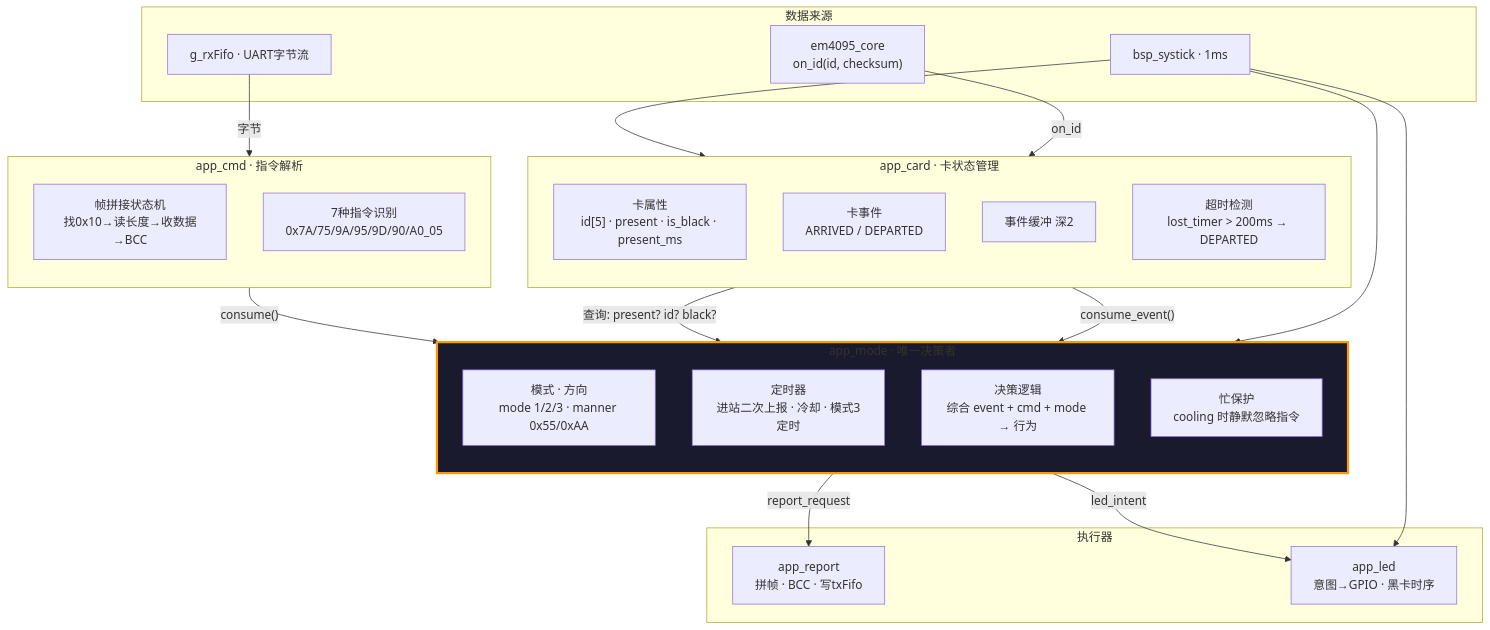
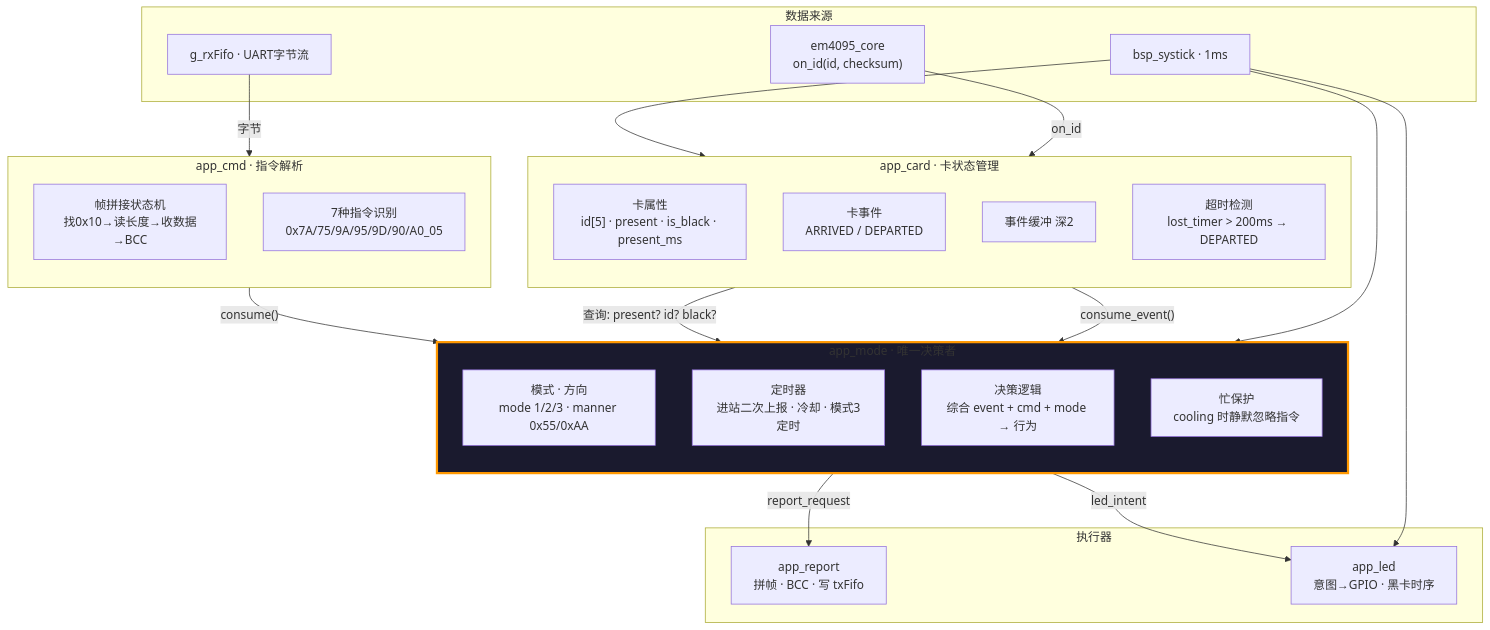
The second of 16 diagrams in 工作/SR3读卡器/260802SR3读卡器架构.md (Siaiai/ObsidianNote), drawn with Mermaid before and after one commit. The commit also changed other lines of this file and 1 other file, not shown here.

````diff
--- a/工作/SR3读卡器/260802SR3读卡器架构.md
+++ b/工作/SR3读卡器/260802SR3读卡器架构.md
@@ -259,50 +96,50 @@
 ```mermaid
 flowchart TD
     subgraph SOURCE["数据来源"]
         DEC_CB["em4095_core<br/>on_id(id, checksum)"]
         RX["g_rxFifo · UART字节流"]
         TICK["bsp_systick · 1ms"]
     end
 
     subgraph CARD["app_card · 卡状态管理"]
         direction TB
         C1["卡属性<br/>id[5] · present · is_black · present_ms"]
         C2["卡事件<br/>ARRIVED / DEPARTED"]
         C3["事件缓冲 深2"]
         C4["超时检测<br/>lost_timer > 200ms → DEPARTED"]
     end
 
     subgraph CMD["app_cmd · 指令解析"]
         direction TB
         D1["帧拼接状态机<br/>找0x10→读长度→收数据→BCC"]
         D2["7种指令识别<br/>0x7A/75/9A/95/9D/90/A0_05"]
     end
 
     subgraph MODE["app_mode · 唯一决策者"]
         direction TB
         M1["模式 · 方向<br/>mode 1/2/3 · manner 0x55/0xAA"]
         M2["定时器<br/>进站二次上报 · 冷却 · 模式3定时"]
         M3["决策逻辑<br/>综合 event + cmd + mode → 行为"]
         M4["忙保护<br/>cooling 时静默忽略指令"]
     end
 
     subgraph EXEC["执行器"]
-        RPT["app_report<br/>拼帧 · BCC · 写txFifo"]
+        RPT["app_report<br/>拼帧 · BCC · 写 txFifo"]
         LED["app_led<br/>意图→GPIO · 黑卡时序"]
     end
 
     DEC_CB -->|"on_id"| CARD
     RX -->|"字节"| CMD
     TICK --> CARD
     TICK --> MODE
     TICK --> LED
 
     CARD -->|"consume_event()"| MODE
     CARD -->|"查询: present? id? black?"| MODE
     CMD -->|"consume()"| MODE
 
     MODE -->|"report_request"| RPT
     MODE -->|"led_intent"| LED
 
     style MODE fill:#1a1a2e,stroke:#FF9800,stroke-width:3px
 ```
````
